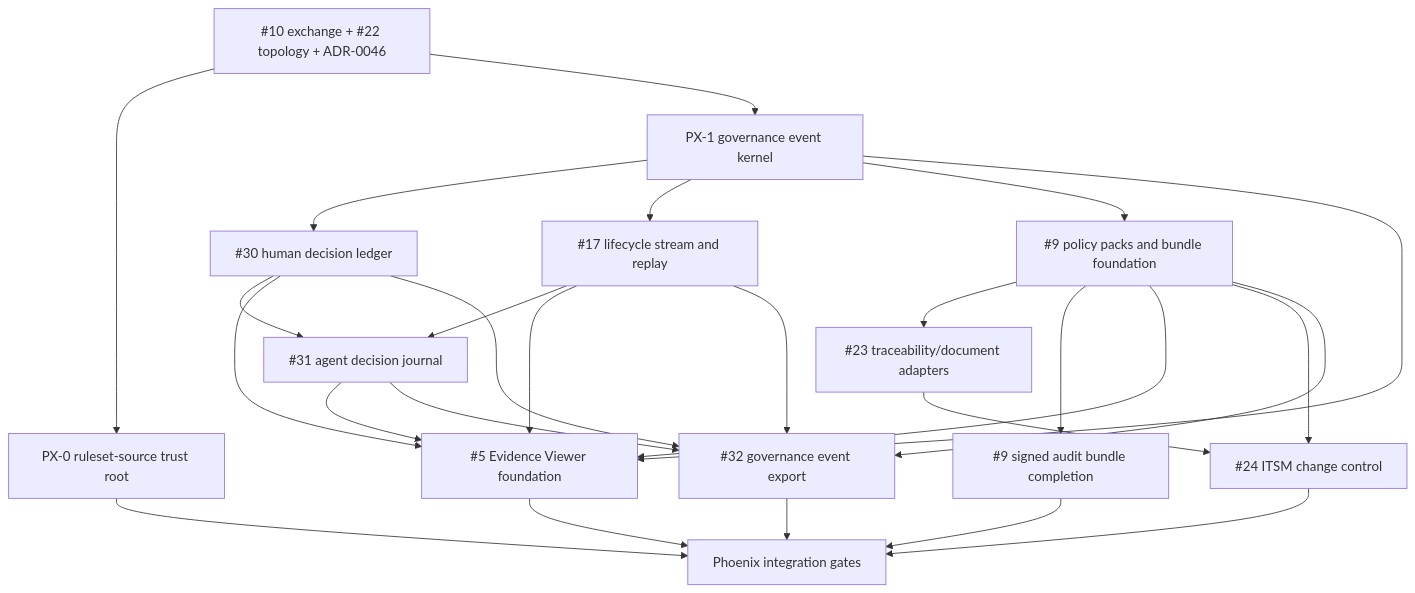
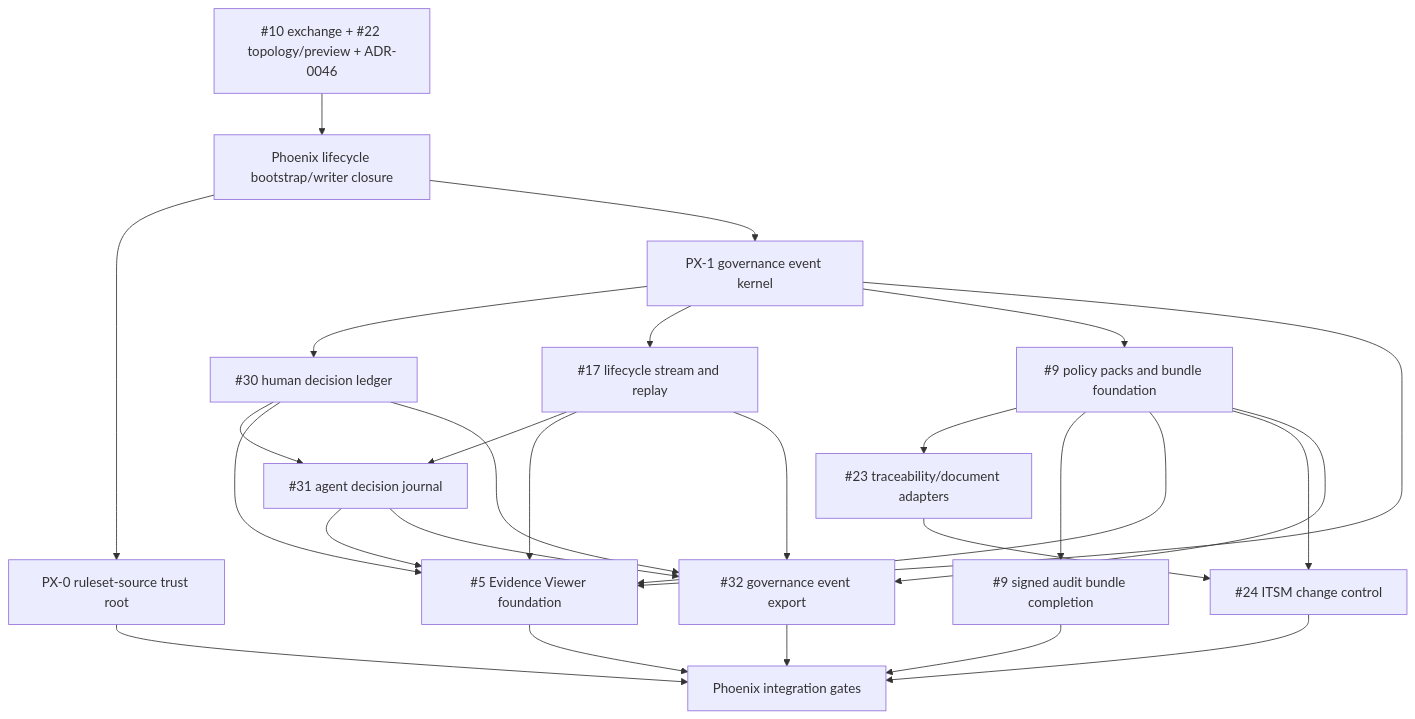
Before and after one commit to agent-pipe-shared/agent-pipeline: the third of 3 diagrams in specs/sprint-phoenix-epic/design/architecture.md, drawn with Mermaid. The commit also changed other lines of this file and 10 other files, not shown here.

````diff
--- a/specs/sprint-phoenix-epic/design/architecture.md
+++ b/specs/sprint-phoenix-epic/design/architecture.md
@@ -671,28 +747,29 @@
 ```mermaid
 flowchart TD
-    BASE[#10 exchange + #22 topology + ADR-0046] --> PX0[PX-0 ruleset-source trust root]
-    BASE --> K[PX-1 governance event kernel]
+    BASE[#10 exchange + #22 topology/preview + ADR-0046] --> PKG[Phoenix lifecycle bootstrap/writer closure]
+    PKG --> PX0[PX-0 ruleset-source trust root]
+    PKG --> K[PX-1 governance event kernel]
     K --> H[#30 human decision ledger]
     K --> L[#17 lifecycle stream and replay]
     K --> P[#9 policy packs and bundle foundation]
     K --> V[#5 Evidence Viewer foundation]
     H --> A[#31 agent decision journal]
     L --> A
     P --> X[#23 traceability/document adapters]
     P --> B[#9 signed audit bundle completion]
     H --> V
     L --> V
     A --> V
     P --> V
     P --> C[#24 ITSM change control]
     X --> C
     H --> E[#32 governance event export]
     L --> E
     A --> E
     P --> E
     PX0 --> G[Phoenix integration gates]
     B --> G
     V --> G
     C --> G
     E --> G
 ```
````
